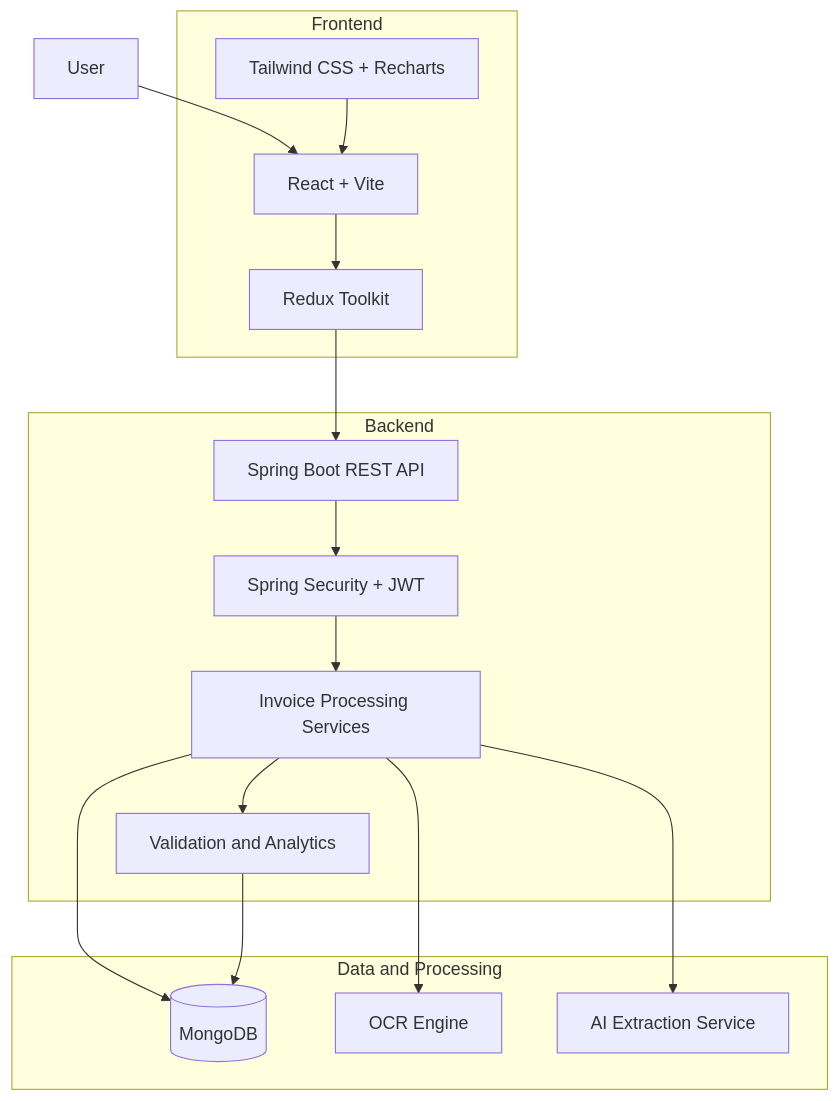
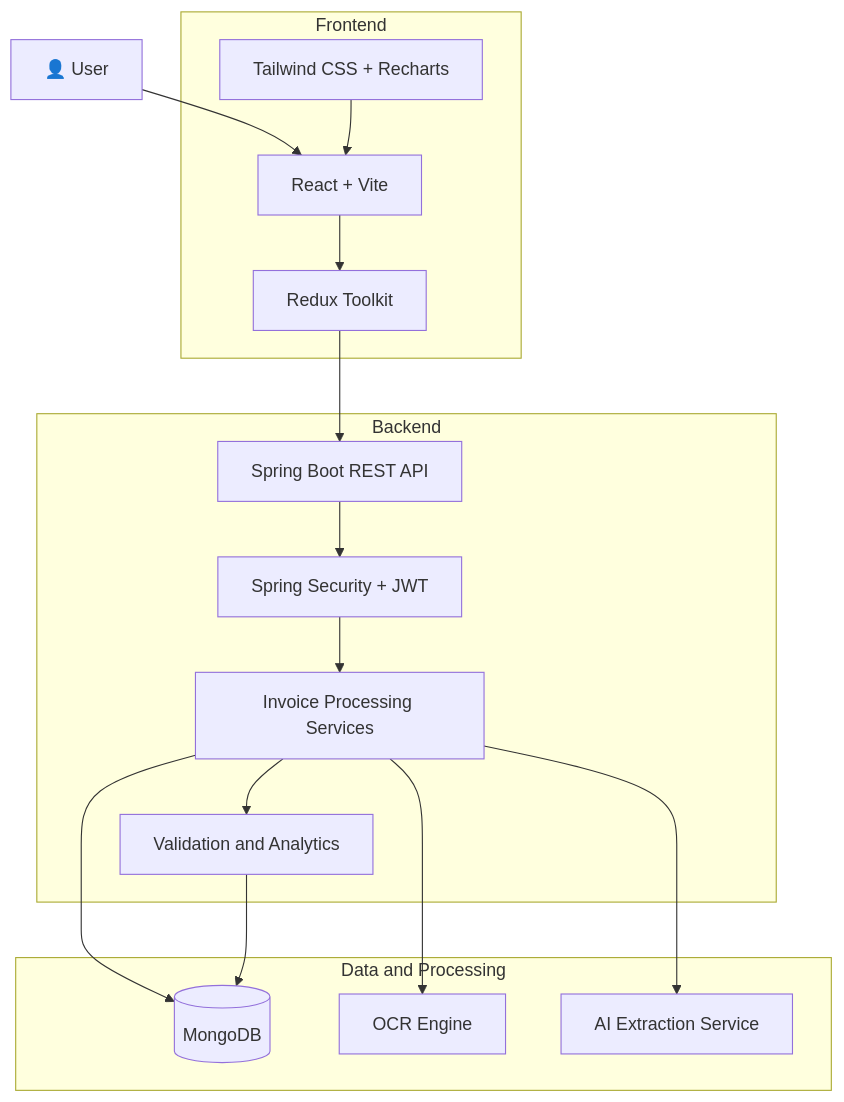
The second of 2 diagrams in README.md (SakshiB30/InvoiceIQ), drawn with Mermaid before and after one commit. The commit also changed other lines of this file, not shown here.

````diff
--- a/README.md
+++ b/README.md
@@ -116,35 +110,35 @@
 ```mermaid
 flowchart TB
-    U[User]
+    U[👤 User]
 
     subgraph Frontend
         A[React + Vite]
         B[Redux Toolkit]
         C[Tailwind CSS + Recharts]
     end
 
     subgraph Backend
         D[Spring Boot REST API]
         E[Spring Security + JWT]
         F[Invoice Processing Services]
         G[Validation and Analytics]
     end
 
     subgraph Data and Processing
         H[(MongoDB)]
         I[OCR Engine]
         J[AI Extraction Service]
     end
 
     U --> A
     A --> B
     B --> D
     C --> A
     D --> E
     E --> F
     F --> H
     F --> I
     F --> J
     F --> G
     G --> H
 ```
````
